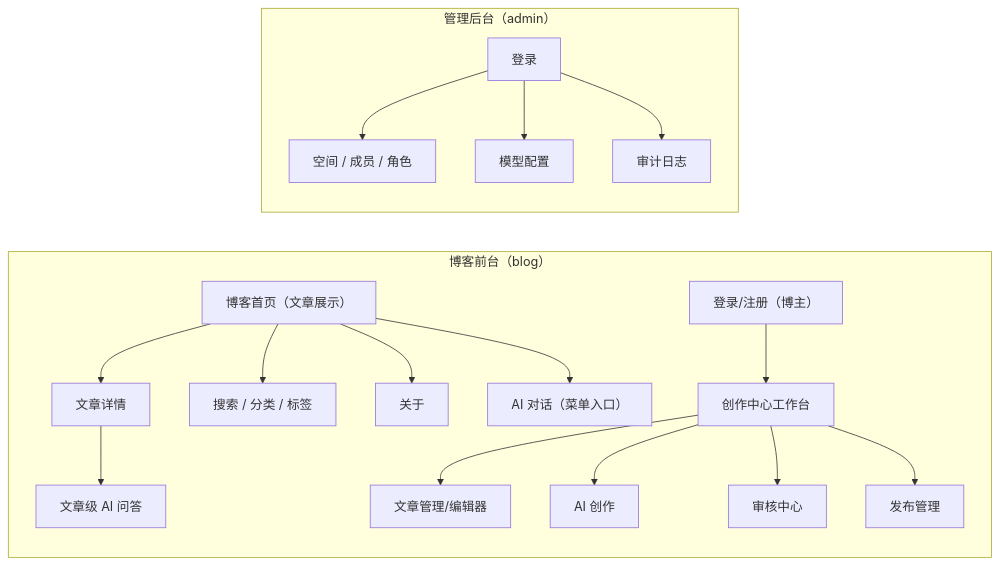
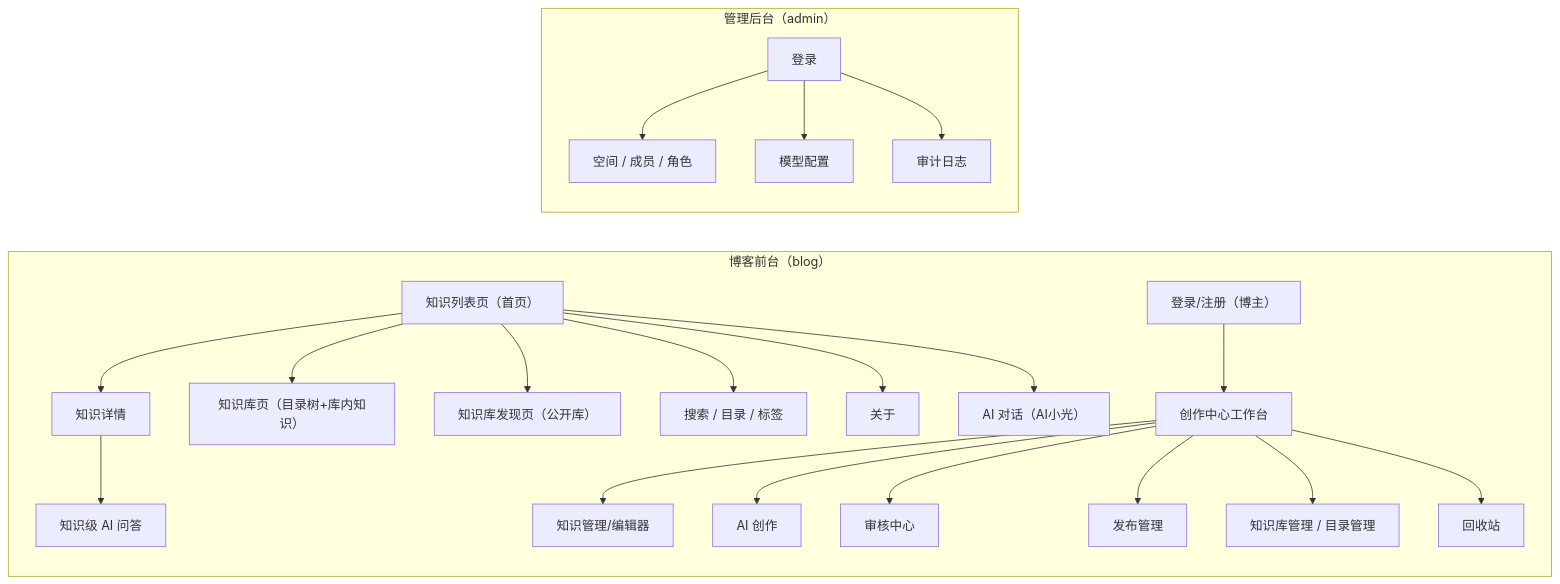
One commit to calwenb/x-lumen changed the first of 2 diagrams in docs/frontend/PROTOTYPE.md. Above: the diagram before and after it, drawn with Mermaid. The commit also changed other lines of this file and 172 other files, not shown here.

````diff
--- a/docs/frontend/PROTOTYPE.md
+++ b/docs/frontend/PROTOTYPE.md
@@ -23,20 +23,24 @@
 ```mermaid
 flowchart LR
     subgraph BLOG["博客前台（blog）"]
-        H["博客首页（文章展示）"] --> D2["文章详情"]
-        H --> S["搜索 / 分类 / 标签"]
+        H["知识列表页（首页）"] --> D2["知识详情"]
+        H --> KB["知识库页（目录树+库内知识）"]
+        H --> DISC["知识库发现页（公开库）"]
+        H --> S["搜索 / 目录 / 标签"]
         H --> AB["关于"]
-        H --> AI["AI 对话（菜单入口）"]
-        D2 --> QA["文章级 AI 问答"]
+        H --> AI["AI 对话（AI小光）"]
+        D2 --> QA["知识级 AI 问答"]
         AUTH["登录/注册（博主）"] --> WB["创作中心工作台"]
-        WB --> ART["文章管理/编辑器"]
+        WB --> ART["知识管理/编辑器"]
         WB --> CREATE["AI 创作"]
         WB --> REVIEW["审核中心"]
         WB --> PUB["发布管理"]
+        WB --> KBM["知识库管理 / 目录管理"]
+        WB --> TRASH["回收站"]
     end
     subgraph ADMIN["管理后台（admin）"]
         AL["登录"] --> WS["空间 / 成员 / 角色"]
         AL --> MODEL["模型配置"]
         AL --> AUDIT["审计日志"]
     end
 ```
````
